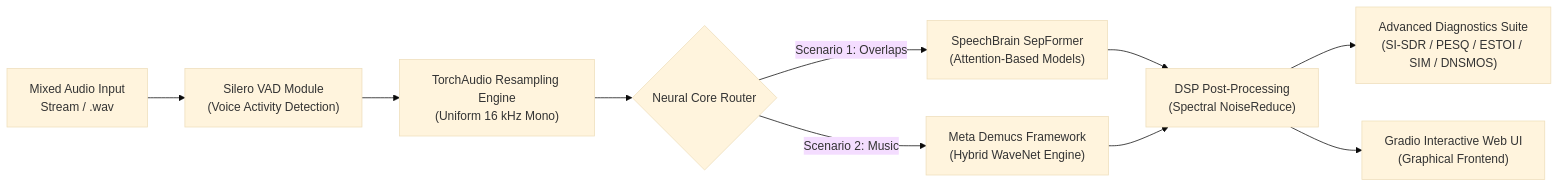
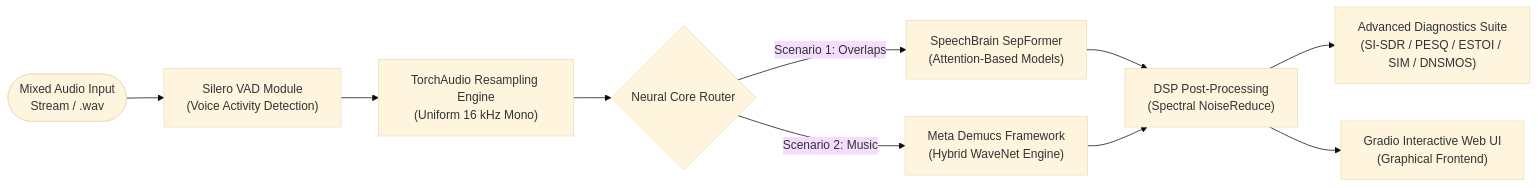
One commit to gavmada26/overlapped-speech-separation changed the diagram in README.md. Above: the diagram before and after it, drawn with Mermaid (base theme). The commit also changed other lines of this file, not shown here.

````diff
--- a/README.md
+++ b/README.md
@@ -25,19 +26,19 @@
 ```mermaid
 graph LR
     %% Audio Input Layer
-    Input["Mixed Audio Input<br/>Stream / .wav"] --> VADNode["Silero VAD Module<br/>(Voice Activity Detection)"]
+    Input(["Mixed Audio Input<br/>Stream / .wav"]) --> VADNode["Silero VAD Module<br/>(Voice Activity Detection)"]
     VADNode --> ResampleNode["TorchAudio Resampling Engine<br/>(Uniform 16 kHz Mono)"]
     ResampleNode --> CoreSelector{"Neural Core Router"}
     
     %% Deep Learning Core Chains
     CoreSelector -- "Scenario 1: Overlaps" --> SepFormer["SpeechBrain SepFormer<br/>(Attention-Based Models)"]
     CoreSelector -- "Scenario 2: Music" --> Demucs["Meta Demucs Framework<br/>(Hybrid WaveNet Engine)"]
     
     %% Post-Processing Layer
     SepFormer --> DSPEnhance["DSP Post-Processing<br/>(Spectral NoiseReduce)"]
     Demucs --> DSPEnhance
     
     %% Targets / Analytics
     DSPEnhance --> Metrics["Advanced Diagnostics Suite<br/>(SI-SDR / PESQ / ESTOI / SIM / DNSMOS)"]
     DSPEnhance --> Interface["Gradio Interactive Web UI<br/>(Graphical Frontend)"]
 ```
````
